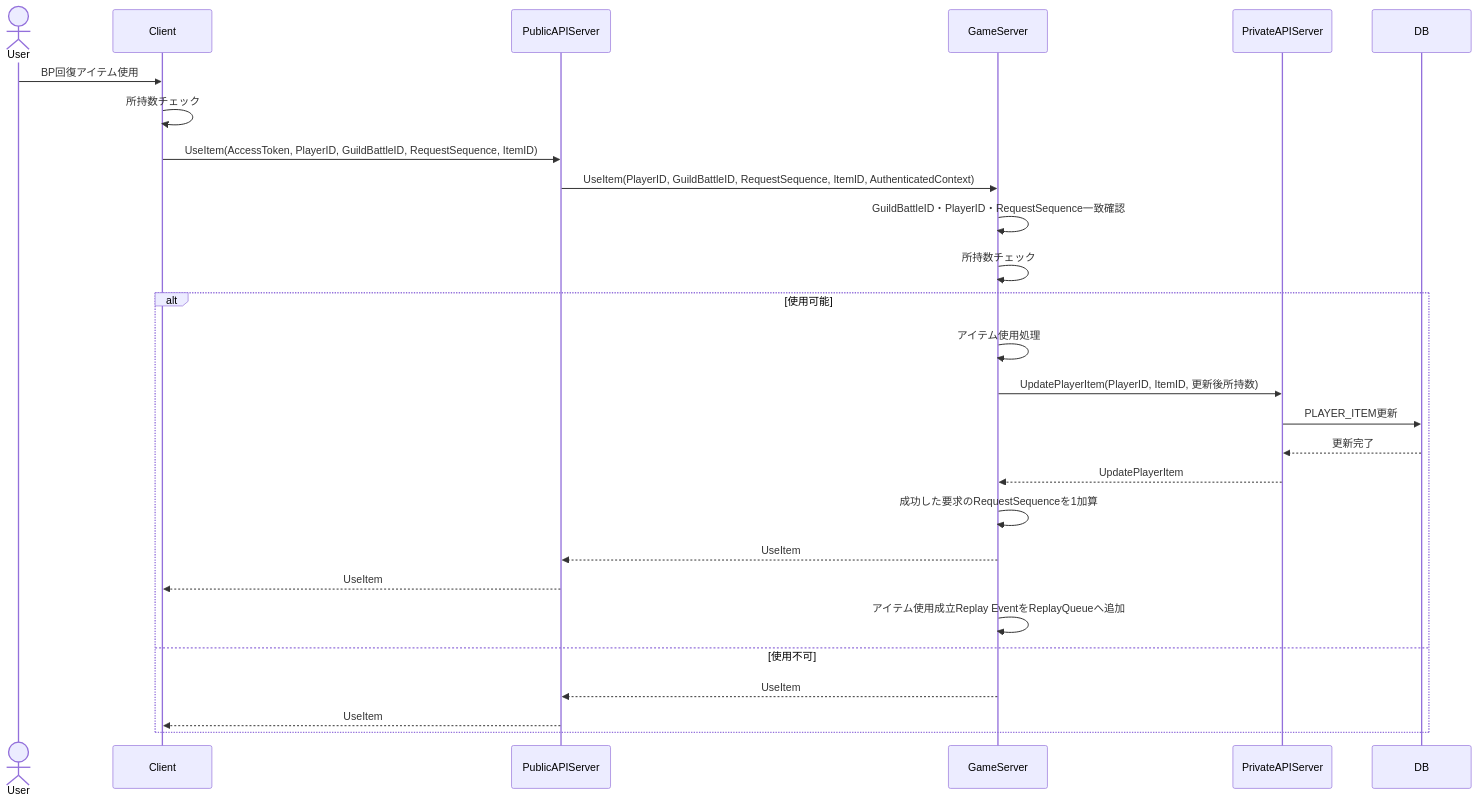
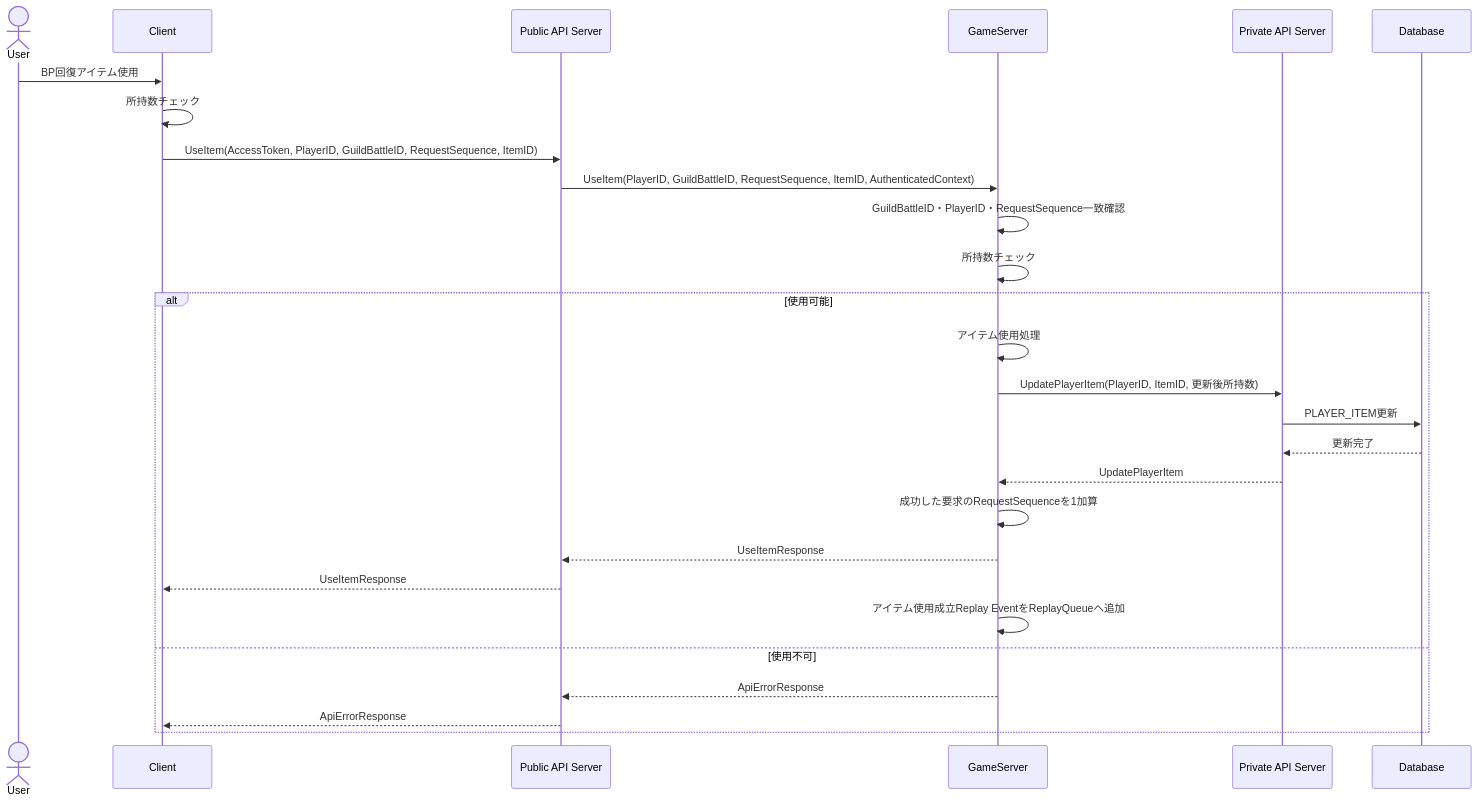
One commit to ReHydrangeaOdyssey/Specifications changed the sixth of 13 diagrams in design/server/guild_battle.md. Above: the diagram before and after it, drawn with Mermaid. The commit also changed other lines of this file and 12 other files, not shown here.

Commit message:
図などの名称の統一

````diff
--- a/design/server/guild_battle.md
+++ b/design/server/guild_battle.md
@@ -366,34 +366,34 @@
 ```mermaid
 sequenceDiagram
     actor User
     participant Client
-    participant PublicAPIServer
+    participant PublicAPIServer as Public API Server
     participant GameServer
-    participant PrivateAPIServer
-    participant DB
+    participant PrivateAPIServer as Private API Server
+    participant Database
 
     User->>Client: BP回復アイテム使用
     Client->>Client: 所持数チェック
     Client->>PublicAPIServer: UseItem(AccessToken, PlayerID, GuildBattleID, RequestSequence, ItemID)
     PublicAPIServer->>GameServer: UseItem(PlayerID, GuildBattleID, RequestSequence, ItemID, AuthenticatedContext)
 
     GameServer->>GameServer: GuildBattleID・PlayerID・RequestSequence一致確認
     GameServer->>GameServer: 所持数チェック
 
     alt 使用可能
         GameServer->>GameServer: アイテム使用処理
         GameServer->>PrivateAPIServer: UpdatePlayerItem(PlayerID, ItemID, 更新後所持数)
-        PrivateAPIServer->>DB: PLAYER_ITEM更新
-        DB-->>PrivateAPIServer: 更新完了
+        PrivateAPIServer->>Database: PLAYER_ITEM更新
+        Database-->>PrivateAPIServer: 更新完了
         PrivateAPIServer-->>GameServer: UpdatePlayerItem
         GameServer->>GameServer: 成功した要求のRequestSequenceを1加算
-        GameServer-->>PublicAPIServer: UseItem
-        PublicAPIServer-->>Client: UseItem
+        GameServer-->>PublicAPIServer: UseItemResponse
+        PublicAPIServer-->>Client: UseItemResponse
 
         GameServer ->> GameServer: アイテム使用成立Replay EventをReplayQueueへ追加
     else 使用不可
-        GameServer-->>PublicAPIServer: UseItem
-        PublicAPIServer-->>Client: UseItem
+        GameServer-->>PublicAPIServer: ApiErrorResponse
+        PublicAPIServer-->>Client: ApiErrorResponse
     end
 
 ```
````
